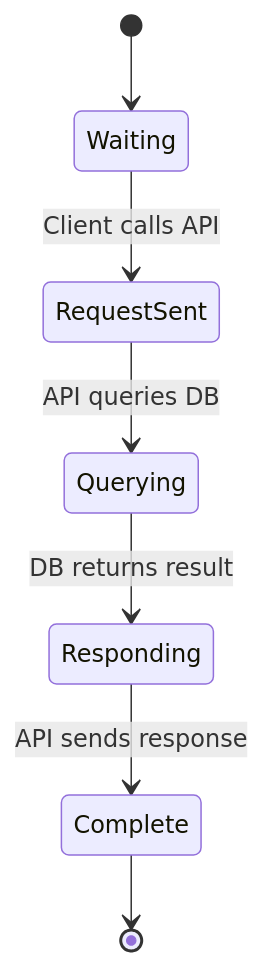
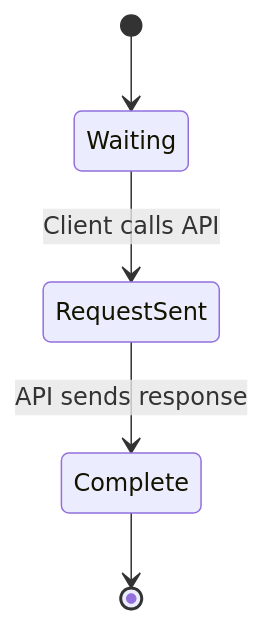
Before and after one commit to tinacms/tina-docs: the third of 5 diagrams in content/docs/components/mermaid-diagrams.mdx, drawn with Mermaid. The commit also changed other lines of this file and 51 other files, not shown here.

Commit message:
capitalizing api path titles, fixing recipe shiki singleton warnings, adding backgrounds to fix contrast issue with mermaid components, swapping default theme to monochrome, fixing recipe component newline spacing bug

````diff
--- a/content/docs/components/mermaid-diagrams.mdx
+++ b/content/docs/components/mermaid-diagrams.mdx
@@ -50,10 +191,8 @@
 ```mermaid
 stateDiagram-v2
   [*] --> Waiting
   Waiting --> RequestSent: Client calls API
-  RequestSent --> Querying: API queries DB
-  Querying --> Responding: DB returns result
-  Responding --> Complete: API sends response
+  RequestSent --> Complete: API sends response
   Complete --> [*]
 
 ```
````
